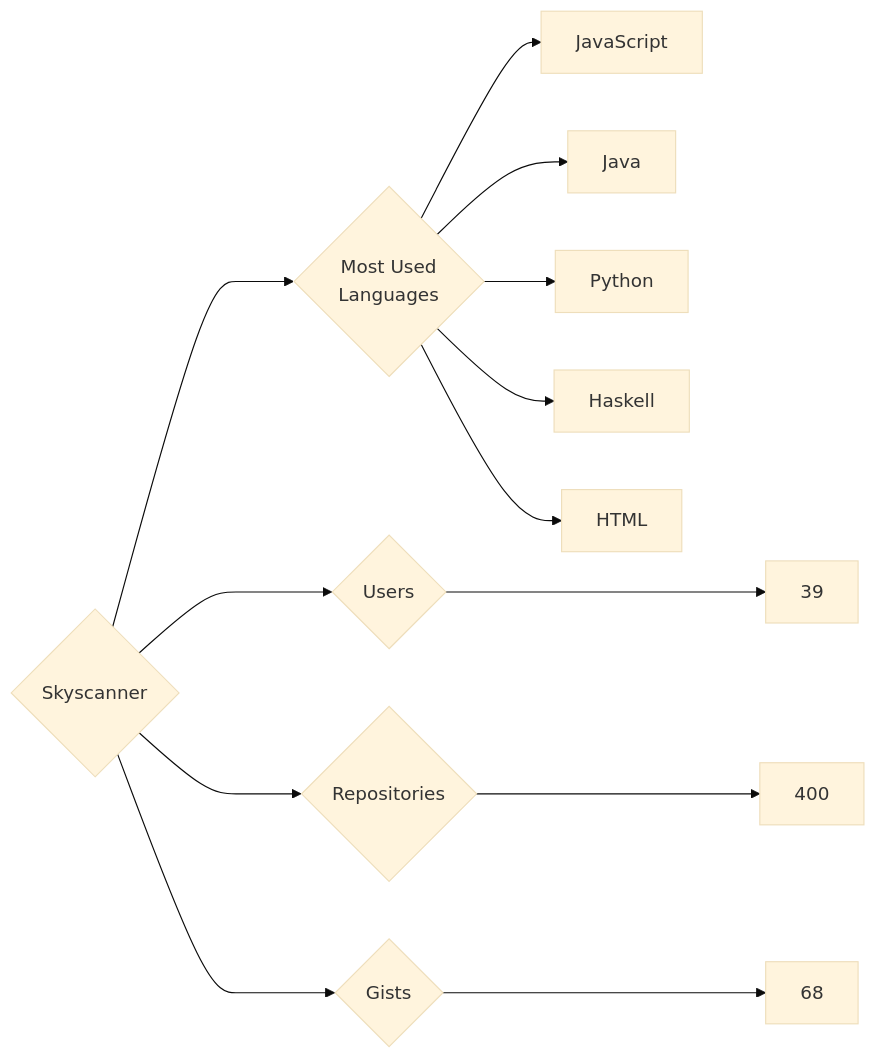
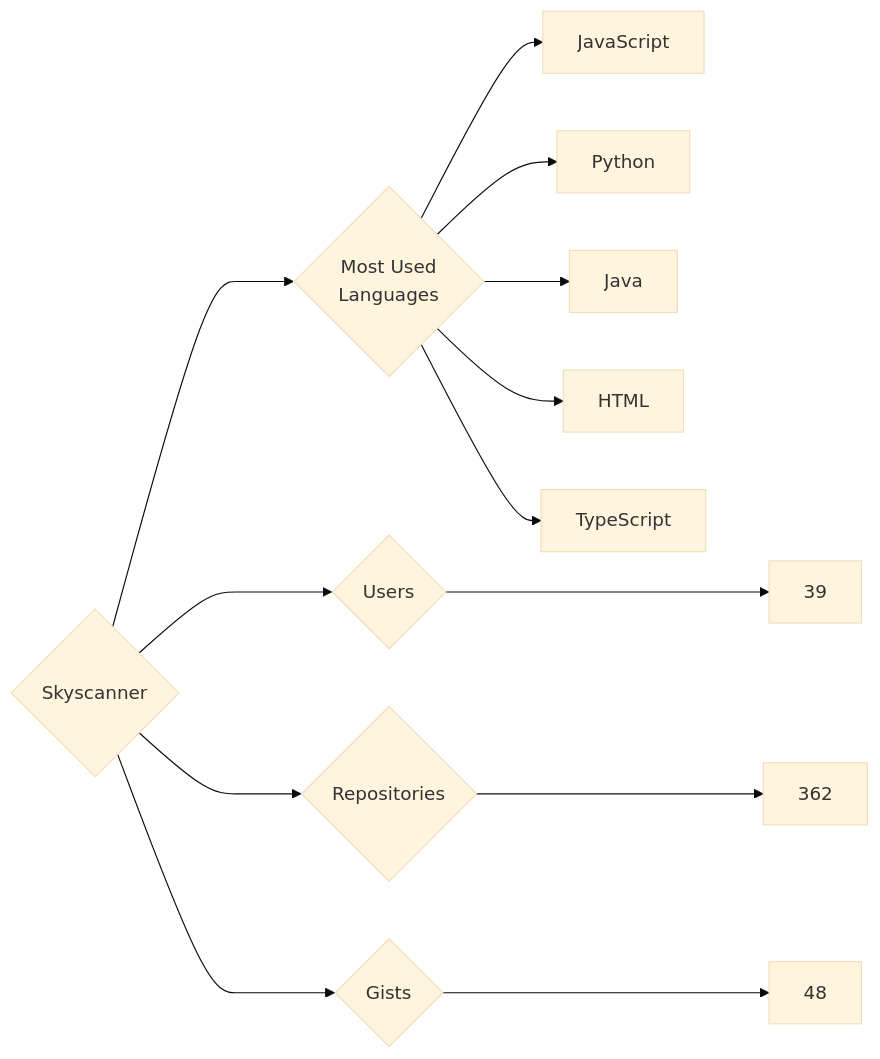
One commit to trickest/insiders changed the diagram in targets/Skyscanner/README.md. Above: the diagram before and after it, drawn with Mermaid (base theme). The commit also changed 835 other files, not shown here.

````diff
--- a/targets/Skyscanner/README.md
+++ b/targets/Skyscanner/README.md
@@ -3,13 +3,13 @@
 ```mermaid
 graph LR
 COMPANY_NAME{Skyscanner}
 COMPANY_NAME ---> U{Users} ---> UN[39]
-COMPANY_NAME ---> R{Repositories} ---> RN[400]
-COMPANY_NAME ---> G{Gists} ---> GN[68]
+COMPANY_NAME ---> R{Repositories} ---> RN[362]
+COMPANY_NAME ---> G{Gists} ---> GN[48]
 COMPANY_NAME ---> ML{Most Used<br>Languages}
 ML --> JavaScript[JavaScript]
+ML --> Python[Python]
 ML --> Java[Java]
-ML --> Python[Python]
-ML --> Haskell[Haskell]
 ML --> HTML[HTML]
+ML --> TypeScript[TypeScript]
 ```
````
